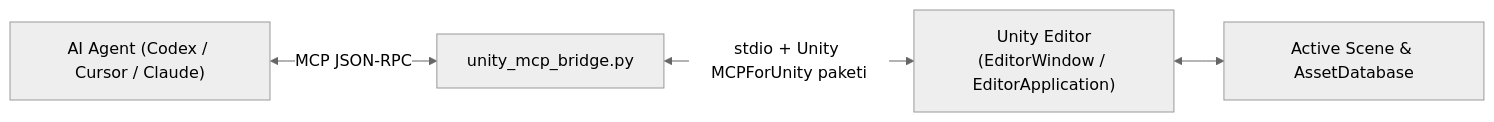
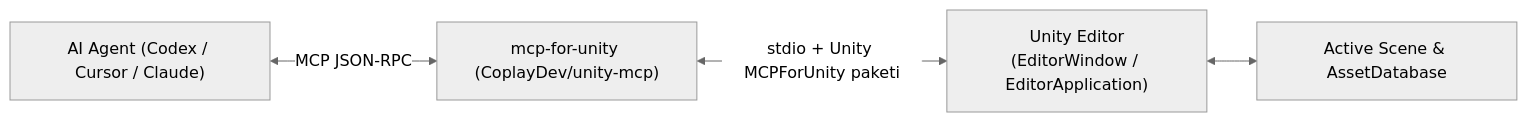
One commit to kursatsndgn/master-game-studio-skills changed the diagram in mcp-connectors/unity-mcp/SKILL.md. Above: the diagram before and after it, drawn with Mermaid (neutral theme). The commit also changed 2 other files, not shown here.

Commit message:
docs(mcp): eski köprü adları kaldırıldı

````diff
--- a/mcp-connectors/unity-mcp/SKILL.md
+++ b/mcp-connectors/unity-mcp/SKILL.md
@@ -14,6 +14,6 @@
 ```mermaid
 flowchart LR
-    Agent["AI Agent (Codex / Cursor / Claude)"] <-->|MCP JSON-RPC| Bridge["unity_mcp_bridge.py"]
+    Agent["AI Agent (Codex / Cursor / Claude)"] <-->|MCP JSON-RPC| Bridge["mcp-for-unity (CoplayDev/unity-mcp)"]
     Bridge <-->|stdio + Unity MCPForUnity paketi| UnityEditor["Unity Editor\n(EditorWindow / EditorApplication)"]
     UnityEditor <--> UnityScene["Active Scene & AssetDatabase"]
 ```
````
